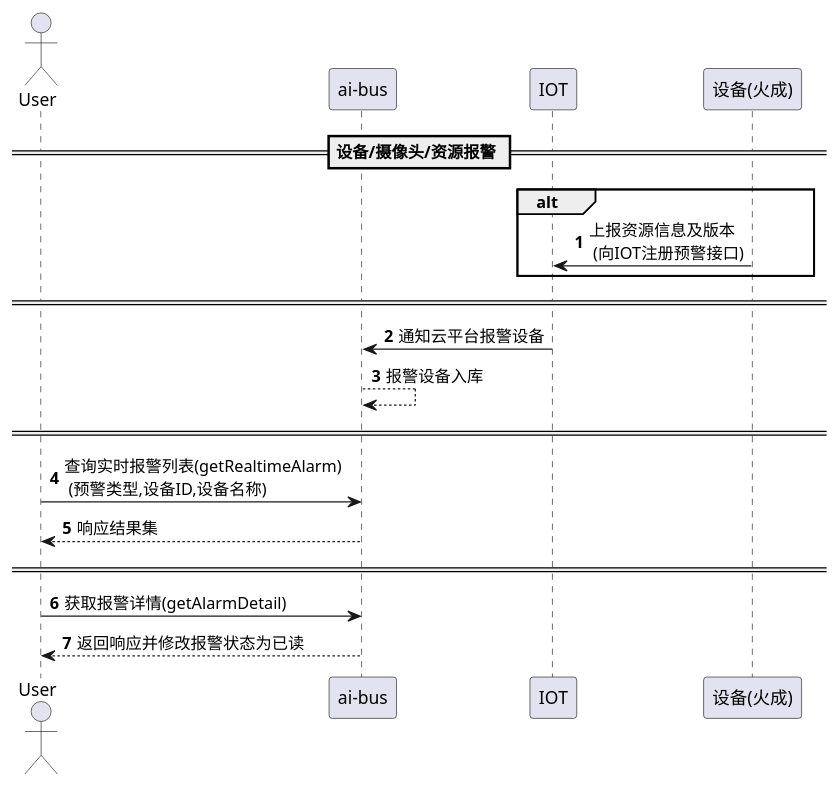
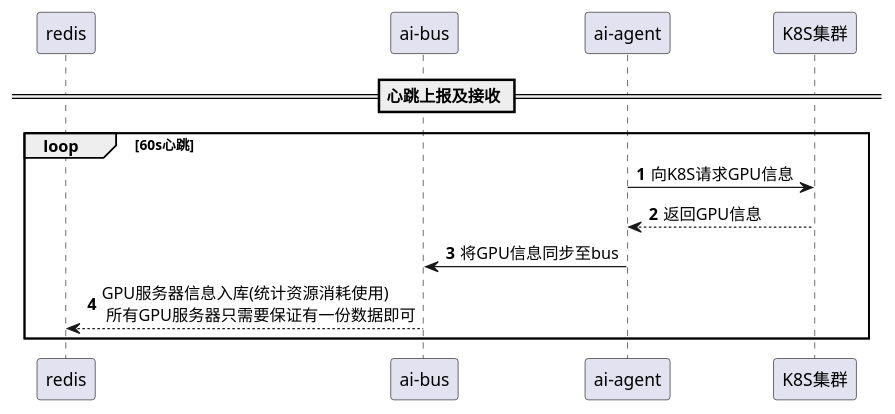
One commit to zjzjzjzj1874/demo changed the diagram in 心跳/心跳上报.puml. Above: the diagram before and after it, drawn with PlantUML. The commit also changed 15 other files, not shown here.

Commit message:
feat:plain uml:how to draw a uml

```diff
--- a/心跳/心跳上报.puml
+++ b/心跳/心跳上报.puml
@@ -1,33 +1,18 @@
 @startuml
 autonumber
-== 设备/摄像头/资源报警 ==
-actor User as user
-participant "ai-bus" as ai
-participant "IOT" as iot
-participant "设备(火成)" as dev
+== 心跳上报及接收 ==
+'actor User as user
+participant "redis" as redis
+participant "ai-bus" as bus
+participant "ai-agent" as agent
+participant "K8S集群" as k8s
 
-alt
-    iot <- dev : 上报资源信息及版本\n (向IOT注册预警接口)
+loop 60s心跳
+    agent -> k8s : 向K8S请求GPU信息
+    agent <-- k8s : 返回GPU信息
+    agent -> bus : 将GPU信息同步至bus
+    bus --> redis : GPU服务器信息入库(统计资源消耗使用)\n 所有GPU服务器只需要保证有一份数据即可
 end
 
-====
-ai <- iot : 通知云平台报警设备
-ai --> ai : 报警设备入库
-====
-
-user -> ai : 查询实时报警列表(getRealtimeAlarm)\n (预警类型,设备ID,设备名称)
-user <-- ai : 响应结果集
-====
-user -> ai : 获取报警详情(getAlarmDetail)
-user <-- ai : 返回响应并修改报警状态为已读
-
-'== 预警中心 ==
-'autonumber
-'actor User as user
-'participant "Ai云平台" as ai
-'participant "IOT" as iot
-'
-'user -> ai : 查询报警列表(getAlarmLists)
-'user <-- ai : 响应结果集(预警类型,次数)
 
 @enduml
```
